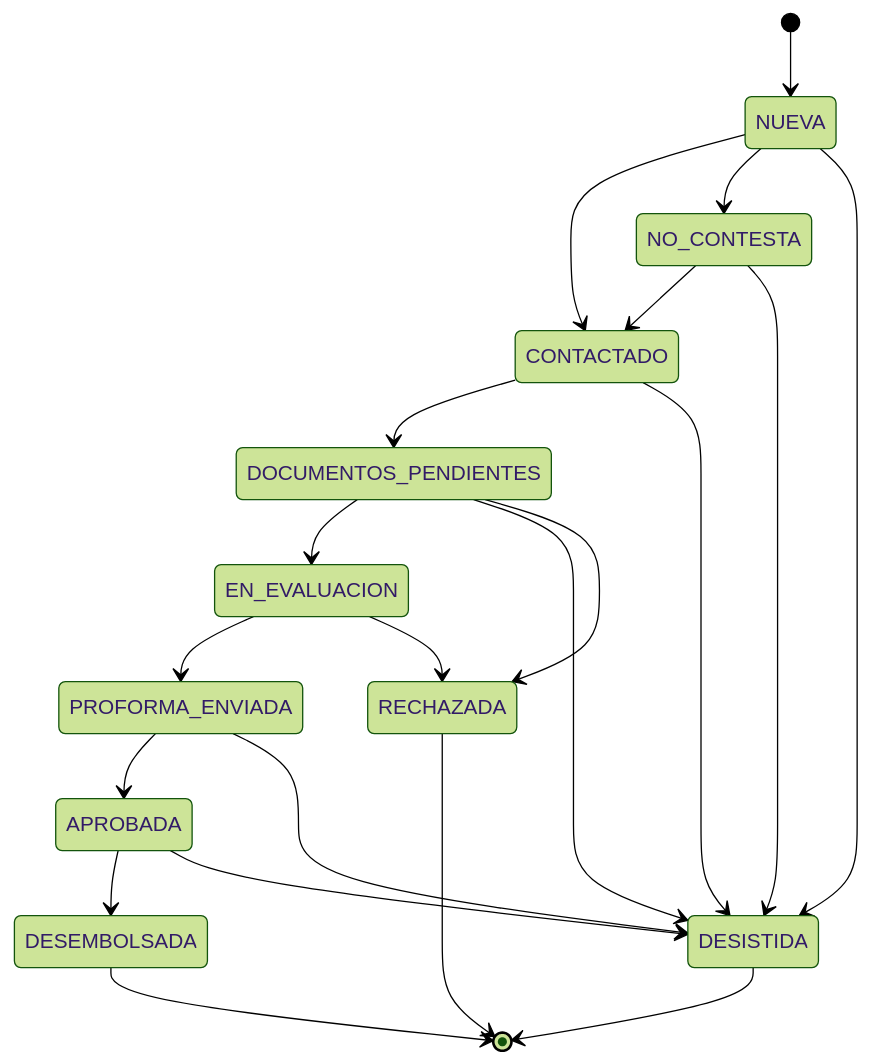
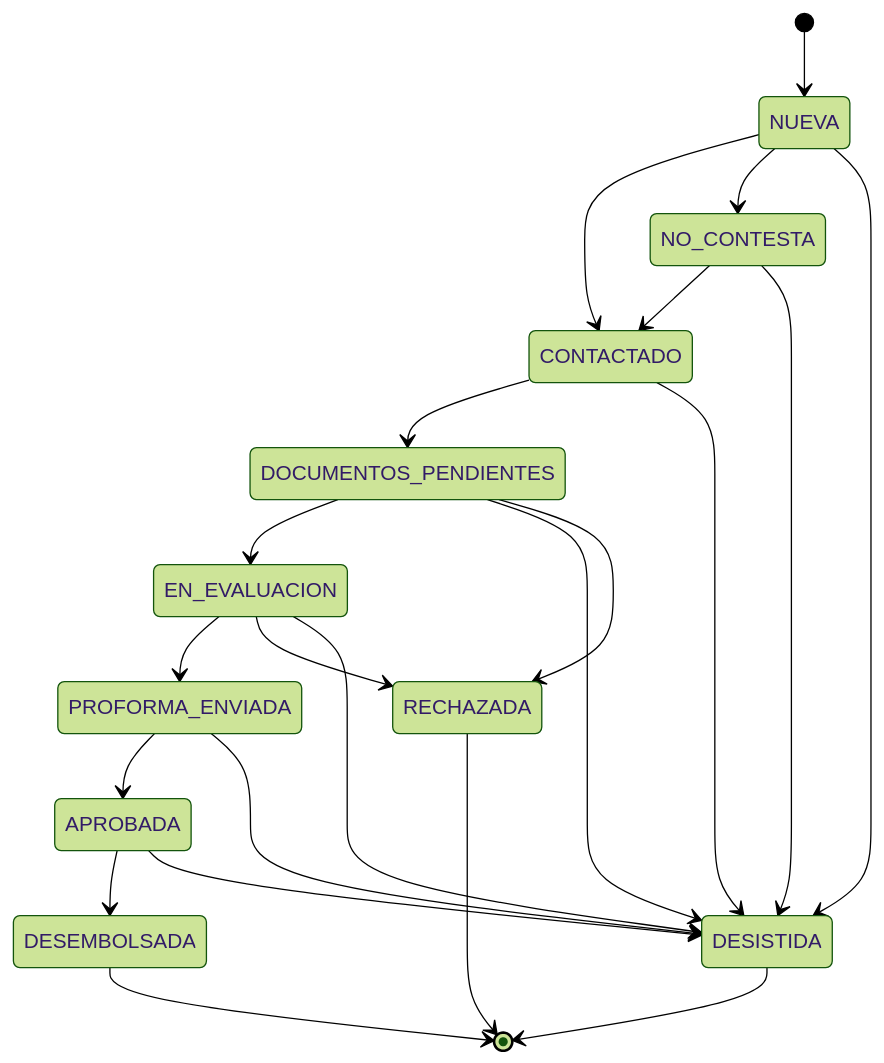
Before and after one commit to rodrigobraunrumpler-svg/anticipate-factoring: the third of 3 diagrams in docs/STACK.md, drawn with Mermaid (forest theme). The commit also changed other lines of this file and 2 other files, not shown here.

Commit message:
feat(shared): transición de evaluación a desistida para el retiro del proveedor

````diff
--- a/docs/STACK.md
+++ b/docs/STACK.md
@@ -578,23 +578,24 @@
 ```mermaid
 stateDiagram-v2
     [*] --> NUEVA
     NUEVA --> CONTACTADO
     NUEVA --> NO_CONTESTA
     NO_CONTESTA --> CONTACTADO
     CONTACTADO --> DOCUMENTOS_PENDIENTES
     DOCUMENTOS_PENDIENTES --> EN_EVALUACION
     EN_EVALUACION --> PROFORMA_ENVIADA
     PROFORMA_ENVIADA --> APROBADA
     APROBADA --> DESEMBOLSADA
     DESEMBOLSADA --> [*]
     CONTACTADO --> DESISTIDA
     DOCUMENTOS_PENDIENTES --> DESISTIDA
     PROFORMA_ENVIADA --> DESISTIDA
     NUEVA --> DESISTIDA
     NO_CONTESTA --> DESISTIDA
     APROBADA --> DESISTIDA
     EN_EVALUACION --> RECHAZADA
+    EN_EVALUACION --> DESISTIDA
     DOCUMENTOS_PENDIENTES --> RECHAZADA
     RECHAZADA --> [*]
     DESISTIDA --> [*]
 ```
````
